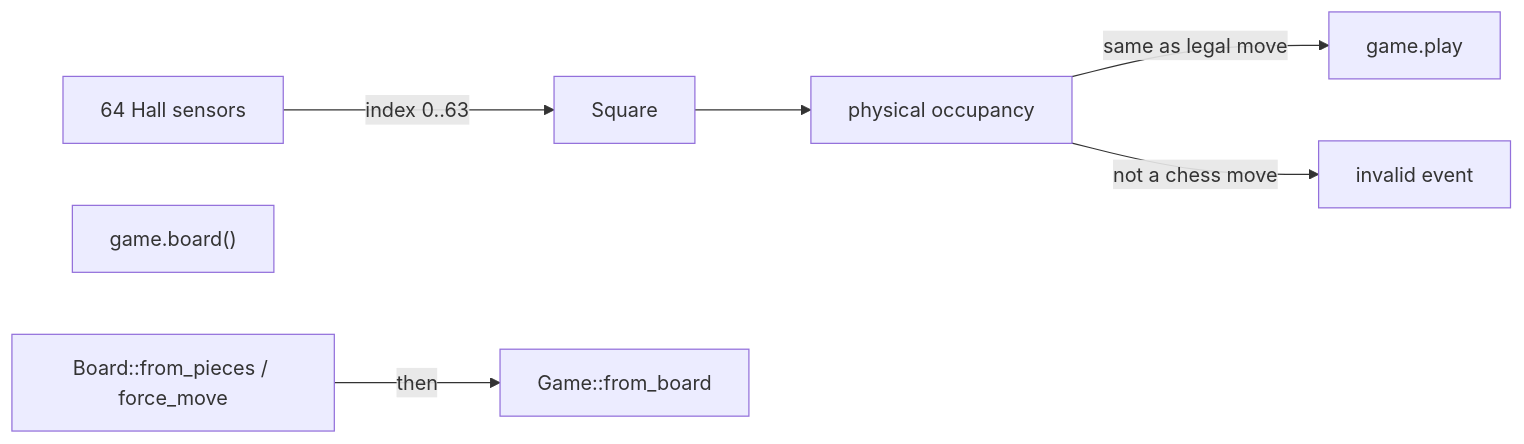
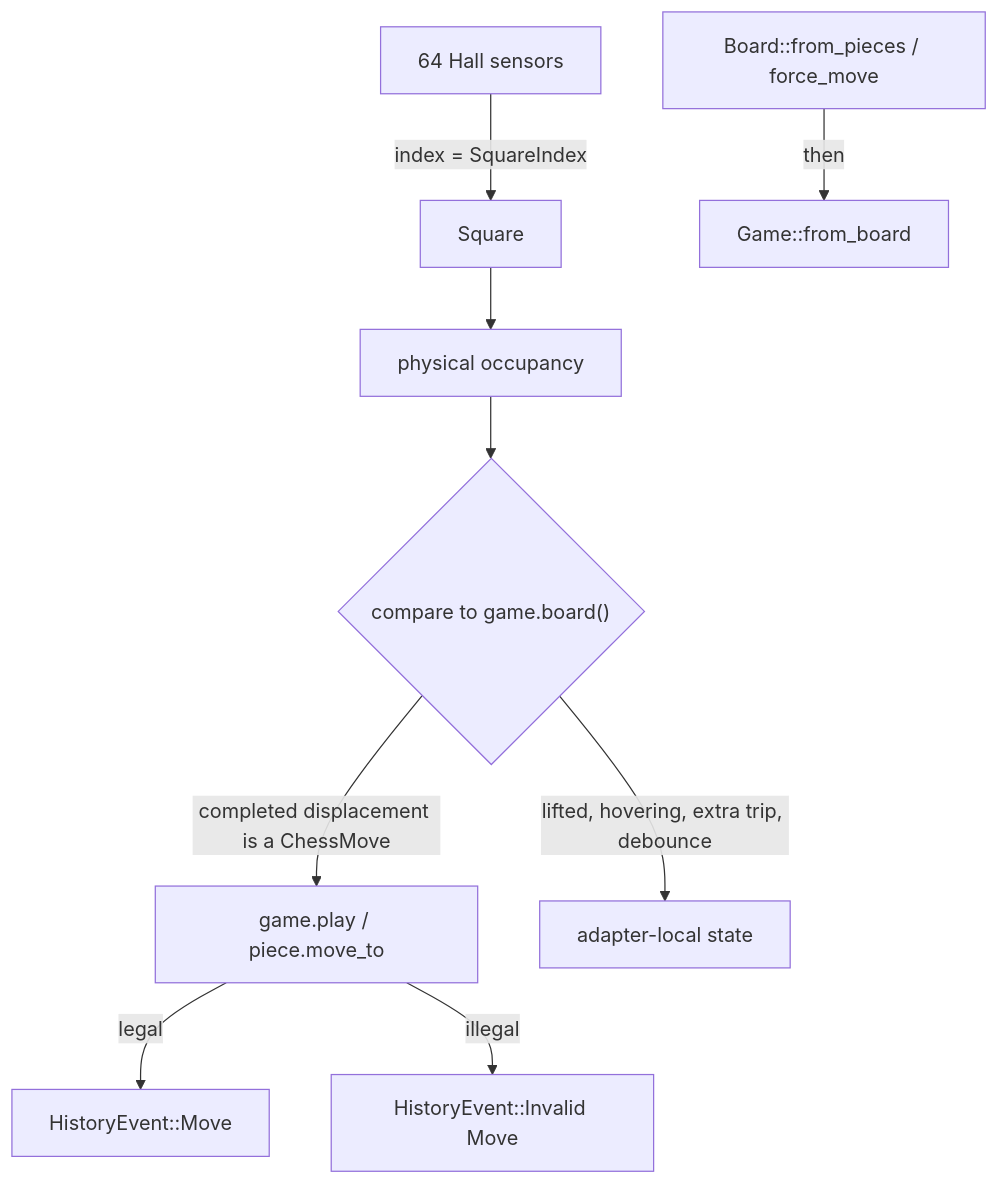
One commit to nicksan222/chess changed diagram 11 of 12 in crates/chess/DESIGN.md. Above: the diagram before and after it, drawn with Mermaid. The commit also changed other lines of this file, not shown here.

First line of the commit message:
docs(chess): correct DESIGN.md against the public contract

````diff
--- a/crates/chess/DESIGN.md
+++ b/crates/chess/DESIGN.md
@@ -393,9 +406,11 @@
 ```mermaid
-flowchart LR
-    SENSORS["64 Hall sensors"] -->|"index 0..63"| SQ["Square"]
+flowchart TB
+    SENSORS["64 Hall sensors"] -->|"index = SquareIndex"| SQ["Square"]
     SQ --> PHYS["physical occupancy"]
-    CACHE["game.board()"]
-    PHYS -->|"same as legal move"| PLAY["game.play"]
-    PHYS -->|"not a chess move"| INV["invalid event"]
+    PHYS --> CMP{"compare to game.board()"}
+    CMP -->|"completed displacement is a ChessMove"| PLAY["game.play / piece.move_to"]
+    PLAY -->|"legal"| MOVE["HistoryEvent::Move"]
+    PLAY -->|"illegal"| INV["HistoryEvent::Invalid Move"]
+    CMP -->|"lifted, hovering, extra trip, debounce"| ADAPTER["adapter-local state"]
     SETUP["Board::from_pieces / force_move"] -->|"then"| FROM["Game::from_board"]
 ```
````
